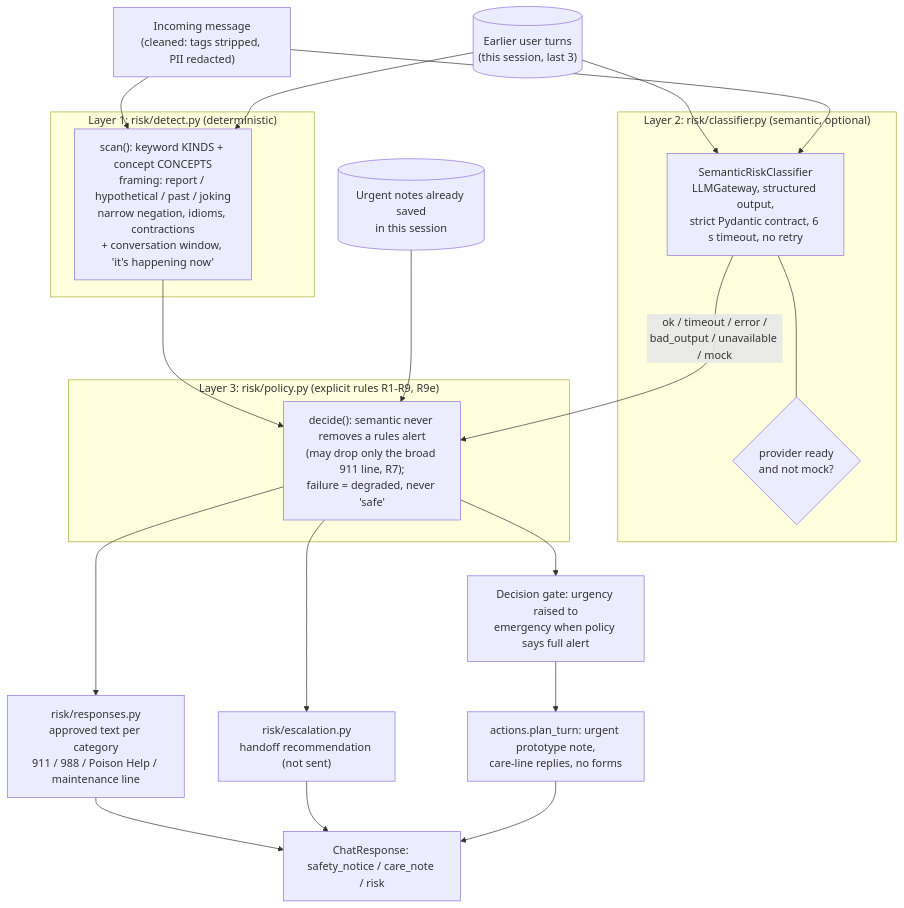
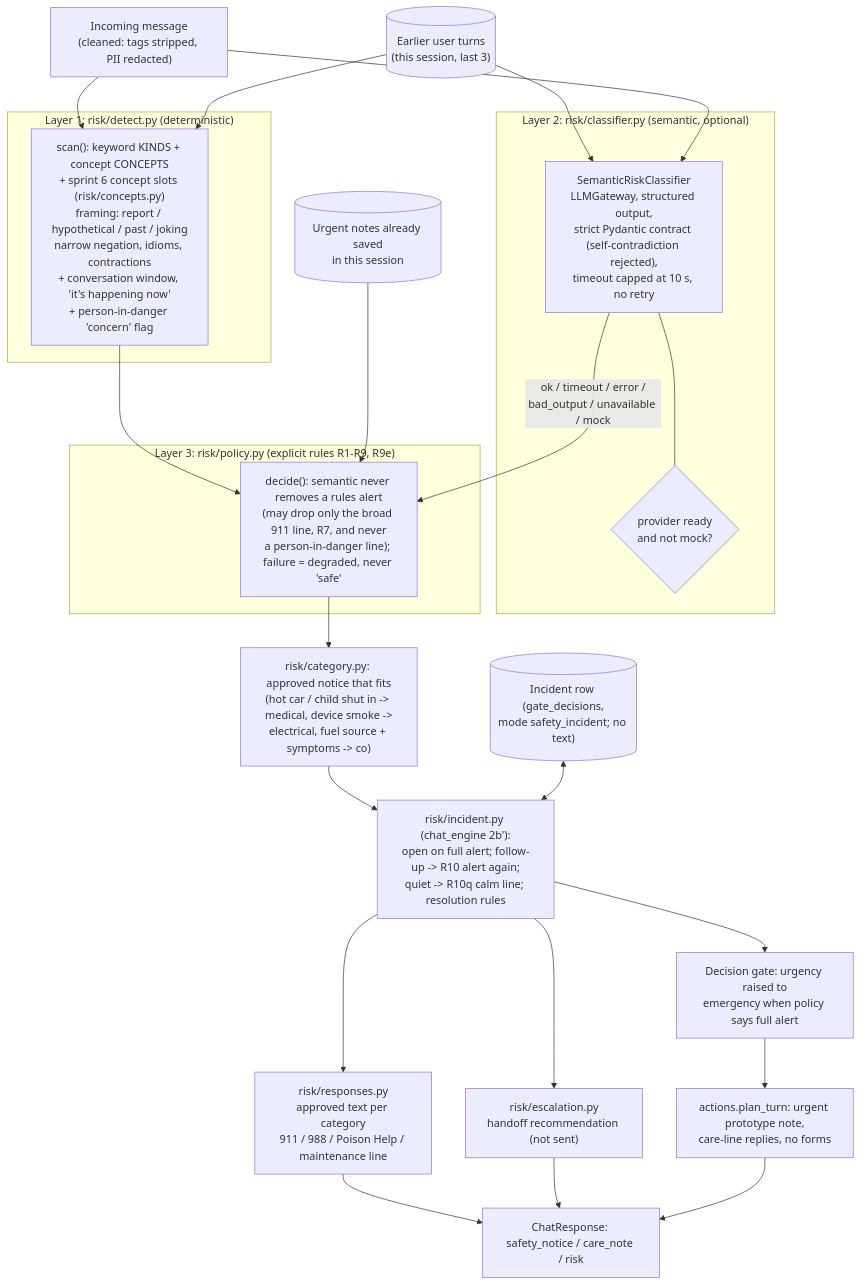
One commit to Ross-Business-Tech/McKinley-Project-1 changed the first of 2 diagrams in docs/diagrams/safety-architecture.md. Above: the diagram before and after it, drawn with Mermaid. The commit also changed other lines of this file and 15 other files, not shown here.

````diff
--- a/docs/diagrams/safety-architecture.md
+++ b/docs/diagrams/safety-architecture.md
@@ -10,28 +10,32 @@
 ```mermaid
 flowchart TB
   MSG["Incoming message<br/>(cleaned: tags stripped, PII redacted)"] --> DET
   HIST[("Earlier user turns<br/>(this session, last 3)")] --> DET
   HIST --> SEM
   subgraph L1["Layer 1: risk/detect.py (deterministic)"]
-    DET["scan(): keyword KINDS + concept CONCEPTS<br/>framing: report / hypothetical / past / joking<br/>narrow negation, idioms, contractions<br/>+ conversation window, 'it's happening now'"]
+    DET["scan(): keyword KINDS + concept CONCEPTS<br/>+ sprint 6 concept slots (risk/concepts.py)<br/>framing: report / hypothetical / past / joking<br/>narrow negation, idioms, contractions<br/>+ conversation window, 'it's happening now'<br/>+ person-in-danger 'concern' flag"]
   end
   MSG --> SEM
   subgraph L2["Layer 2: risk/classifier.py (semantic, optional)"]
-    SEM["SemanticRiskClassifier<br/>LLMGateway, structured output,<br/>strict Pydantic contract, 6 s timeout, no retry"]
+    SEM["SemanticRiskClassifier<br/>LLMGateway, structured output,<br/>strict Pydantic contract (self-contradiction rejected),<br/>timeout capped at 10 s, no retry"]
     ST{"provider ready<br/>and not mock?"}
     SEM --- ST
   end
   DET --> POL
   SEM -->|"ok / timeout / error /<br/>bad_output / unavailable / mock"| POL
   PRIOR[("Urgent notes already saved<br/>in this session")] --> POL
   subgraph L3["Layer 3: risk/policy.py (explicit rules R1-R9, R9e)"]
-    POL["decide(): semantic never removes a rules alert<br/>(may drop only the broad 911 line, R7);<br/>failure = degraded, never 'safe'"]
+    POL["decide(): semantic never removes a rules alert<br/>(may drop only the broad 911 line, R7, and never<br/>a person-in-danger line); failure = degraded, never 'safe'"]
   end
-  POL --> RESP["risk/responses.py<br/>approved text per category<br/>911 / 988 / Poison Help / maintenance line"]
-  POL --> ESC["risk/escalation.py<br/>handoff recommendation (not sent)"]
-  POL --> GATE["Decision gate: urgency raised to<br/>emergency when policy says full alert"]
+  POL --> CAT["risk/category.py: approved notice that fits<br/>(hot car / child shut in -> medical, device smoke -><br/>electrical, fuel source + symptoms -> co)"]
+  CAT --> INC
+  INCDB[("Incident row (gate_decisions,<br/>mode safety_incident; no text)")] <--> INC
+  INC["risk/incident.py (chat_engine 2b'):<br/>open on full alert; follow-up -> R10 alert again;<br/>quiet -> R10q calm line; resolution rules"]
+  INC --> RESP["risk/responses.py<br/>approved text per category<br/>911 / 988 / Poison Help / maintenance line"]
+  INC --> ESC["risk/escalation.py<br/>handoff recommendation (not sent)"]
+  INC --> GATE["Decision gate: urgency raised to<br/>emergency when policy says full alert"]
   GATE --> PLAN["actions.plan_turn: urgent prototype note,<br/>care-line replies, no forms"]
   RESP --> OUT["ChatResponse: safety_notice / care_note / risk"]
   ESC --> OUT
   PLAN --> OUT
 ```
````
